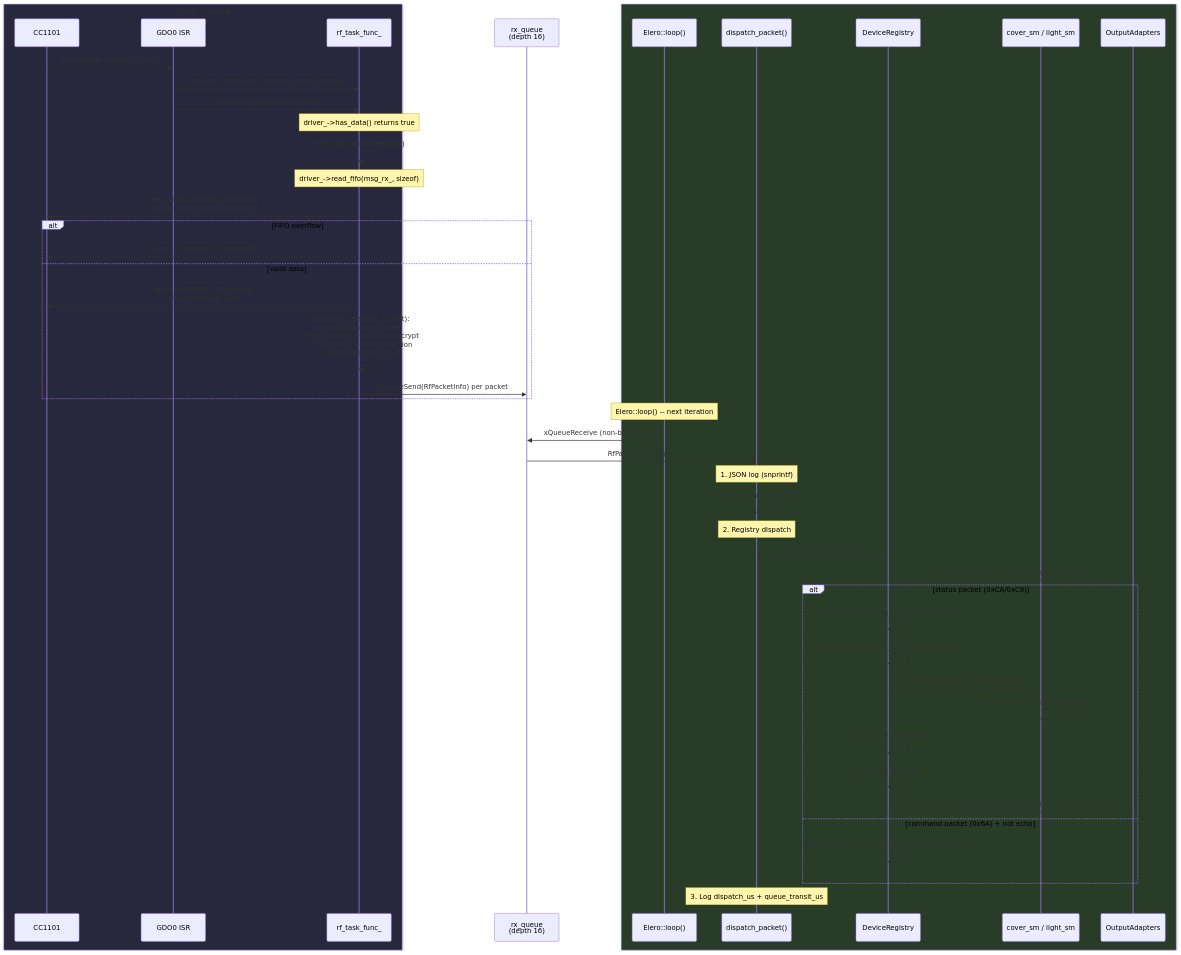
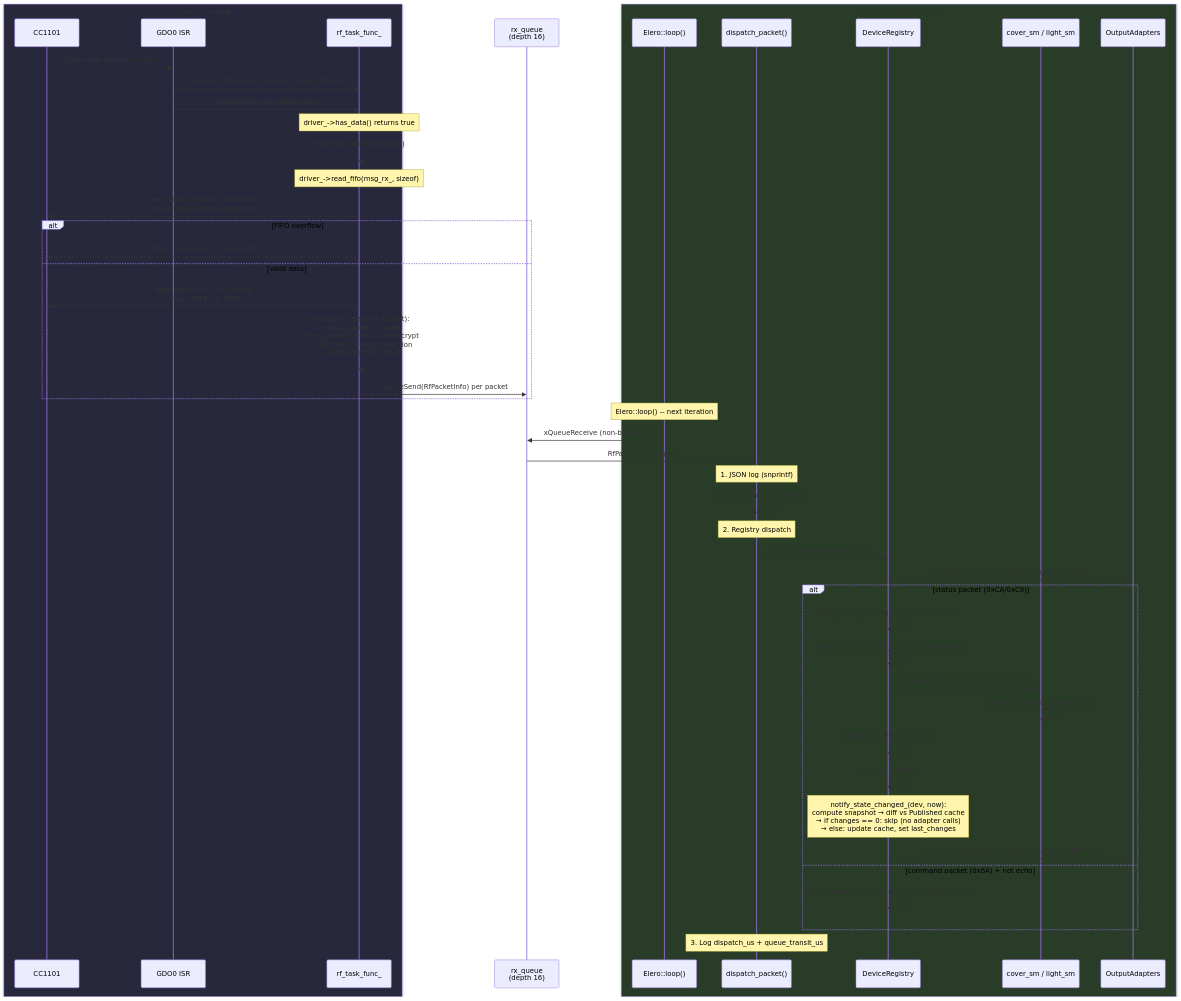
Before and after one commit to manuschillerdev/esphome-elero: the sixth of 7 diagrams in docs/flows/STATE_MACHINES.md, drawn with Mermaid. The commit also changed other lines of this file and 3 other files, not shown here.

First line of the commit message:
docs: update architecture docs for centralized publish decisions

````diff
--- a/docs/flows/STATE_MACHINES.md
+++ b/docs/flows/STATE_MACHINES.md
@@ -423,59 +424,60 @@
 ```mermaid
 sequenceDiagram
     box rgb(40,40,60) Core 0 -- RF Task
         participant HW as CC1101
         participant ISR as GDO0 ISR
         participant RF as rf_task_func_
     end
     participant RXQ as rx_queue<br/>(depth 16)
     box rgb(40,60,40) Core 1 -- ESPHome Loop
         participant MainLoop as Elero::loop()
         participant Disp as dispatch_packet()
         participant Reg as DeviceRegistry
         participant FSM as cover_sm / light_sm
         participant Adapt as OutputAdapters
     end
 
     HW->>ISR: GDO0 edge (packet in FIFO)
     ISR->>RF: received_.store(true, memory_order_release)
     ISR->>RF: vTaskNotifyGiveFromISR (wake)
 
     Note over RF: driver_->has_data() returns true
     RF->>RF: received_.exchange(false)
 
     Note over RF: driver_->read_fifo(msg_rx_, sizeof)
     RF->>HW: read_status_reliable_(RXBYTES)<br/>double-read errata workaround
 
     alt FIFO overflow
         RF->>HW: driver_->recover() -- reset radio
     else valid data
         RF->>HW: read_buf(RXFIFO, fifo_count)<br/>single SPI burst read
         RF->>RF: decode_fifo_packets_(count):<br/>for each packet in buffer:<br/>parse_packet() + AES-128 decrypt<br/>+ CRC check + echo detection<br/>+ stamp decoded_at_us
         RF->>RXQ: xQueueSend(RfPacketInfo) per packet
     end
 
     Note over MainLoop: Elero::loop() -- next iteration
     MainLoop->>RXQ: xQueueReceive (non-blocking)
     RXQ->>Disp: RfPacketInfo (copy)
 
     Note over Disp: 1. JSON log (snprintf)
     Disp->>Disp: ESP_LOGD(TAG_RF, JSON)
 
     Note over Disp: 2. Registry dispatch
     Disp->>Reg: on_rf_packet(pkt, timestamp)
     Reg->>Adapt: notify_rf_packet_() -- all adapters see raw pkt
 
     alt status packet (0xCA/0xC9)
         Reg->>Reg: find(pkt.src) -- lookup Device by address
         Reg->>Reg: update rf_meta (last_seen, rssi, state_raw)
         Reg->>FSM: dispatch_status_() -> on_rf_status()
         FSM->>FSM: state transition (variant swap)
         Reg->>Reg: poll.on_rf_received(now)
         Reg->>Reg: tilt state tracking
-        Reg->>Adapt: notify_state_changed_(dev)
+        Note over Reg: notify_state_changed_(dev, now):<br/>compute snapshot → diff vs Published cache<br/>→ if changes == 0: skip (no adapter calls)<br/>→ else: update cache, set last_changes
+        Reg->>Adapt: on_state_changed(dev, changes) -- only if diff != 0
     else command packet (0x6A) + not echo
         Reg->>Reg: track_remote_() -- auto-discover RemoteDevice
     end
 
     Note over Disp: 3. Log dispatch_us + queue_transit_us
 ```
````
